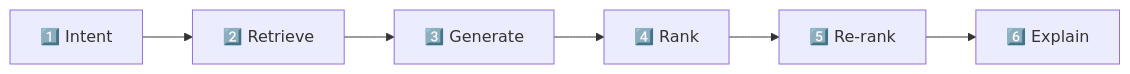
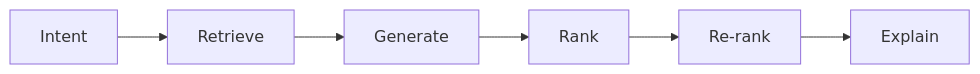
The second of 3 diagrams in README.md (Guillermo-03/CloudComputing_Final), drawn with Mermaid before and after one commit. The commit also changed other lines of this file, not shown here.

````diff
--- a/README.md
+++ b/README.md
@@ -103,4 +91,4 @@
 ```mermaid
 flowchart LR
-    A["1️⃣ Intent"] --> B["2️⃣ Retrieve"] --> C["3️⃣ Generate"] --> D["4️⃣ Rank"] --> E["5️⃣ Re-rank"] --> F["6️⃣ Explain"]
+    A["Intent"] --> B["Retrieve"] --> C["Generate"] --> D["Rank"] --> E["Re-rank"] --> F["Explain"]
 ```
````
